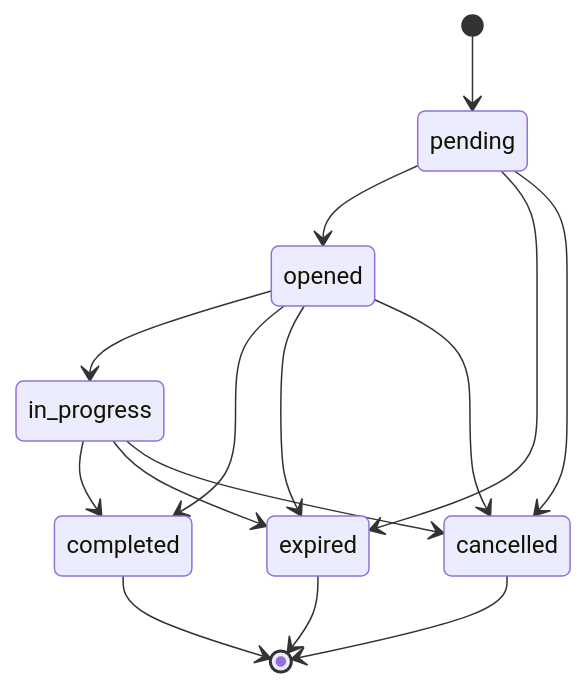
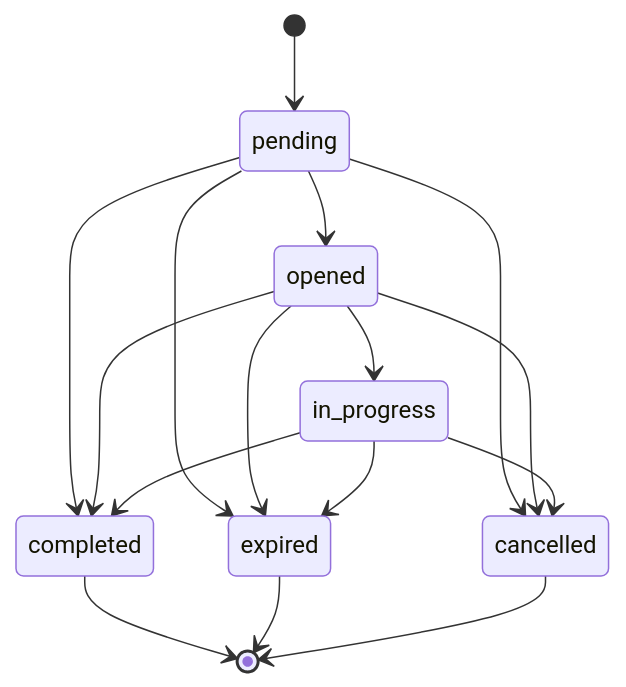
Before and after one commit to rotorstar/hitl-protocol: the diagram in packages/core/README.md, drawn with Mermaid. The commit also changed other lines of this file and 190 other files, not shown here.

````diff
--- a/packages/core/README.md
+++ b/packages/core/README.md
@@ -42,17 +42,18 @@
 ```mermaid
 stateDiagram-v2
     [*] --> pending
     pending --> opened
+    pending --> completed
     pending --> expired
     pending --> cancelled
     opened --> in_progress
     opened --> completed
     opened --> expired
     opened --> cancelled
     in_progress --> completed
     in_progress --> expired
     in_progress --> cancelled
     completed --> [*]
     expired --> [*]
     cancelled --> [*]
 ```
````
